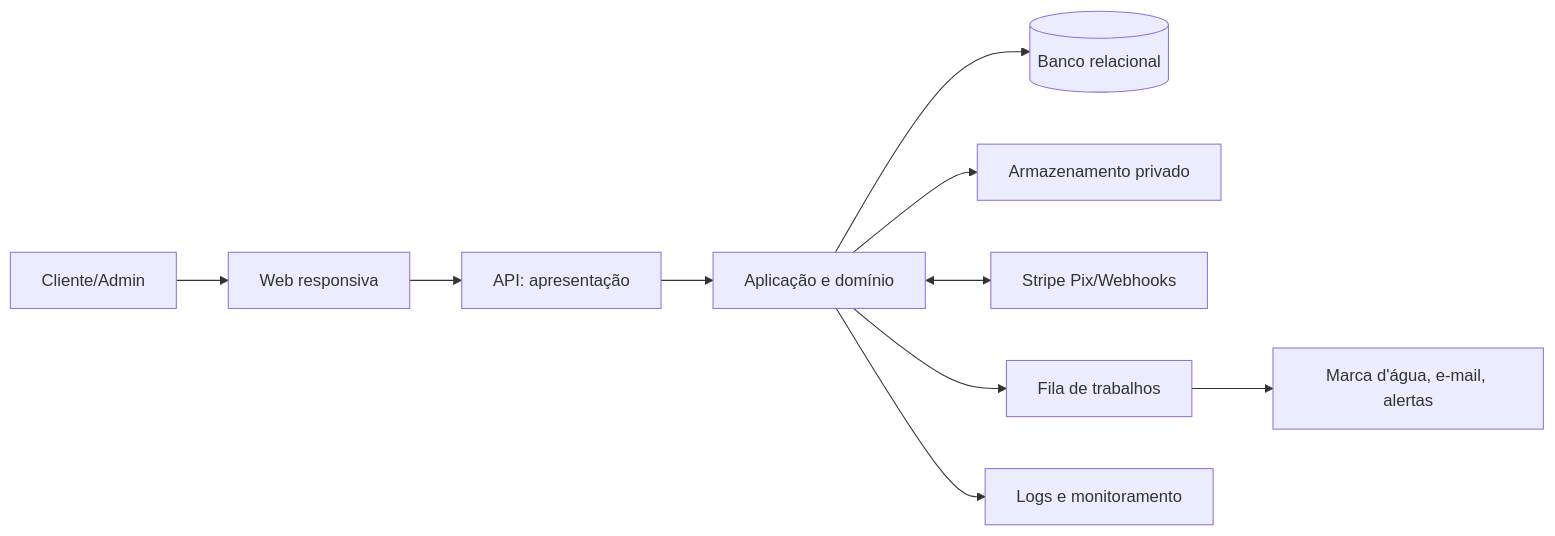
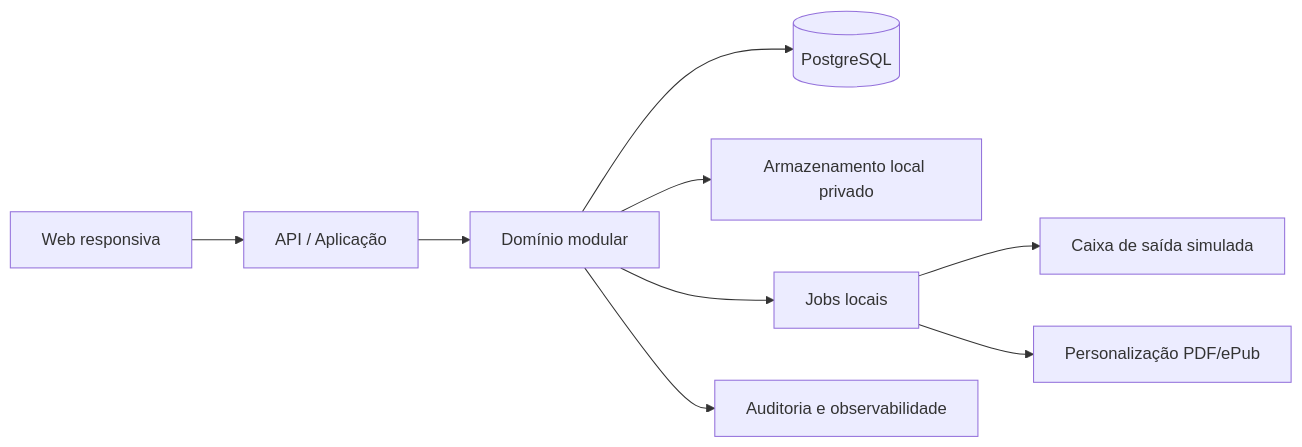
The third of 3 diagrams in README.md (FelipePaterni/Lumina), drawn with Mermaid before and after one commit. The commit also changed other lines of this file and 18 other files, not shown here.

````diff
--- a/README.md
+++ b/README.md
@@ -141,12 +174,11 @@
 ```mermaid
 flowchart LR
-  C[Cliente/Admin] --> W[Web responsiva]
-  W --> A[API: apresentação]
-  A --> U[Aplicação e domínio]
-  U --> D[(Banco relacional)]
-  U --> S[Armazenamento privado]
-  U <--> P[Stripe Pix/Webhooks]
-  U --> Q[Fila de trabalhos]
-  Q --> M[Marca d'água, e-mail, alertas]
-  U --> O[Logs e monitoramento]
+  Web[Web responsiva] --> API[API / Aplicação]
+  API --> Domain[Domínio modular]
+  Domain --> DB[(PostgreSQL)]
+  Domain --> Files[Armazenamento local privado]
+  Domain --> Jobs[Jobs locais]
+  Jobs --> Mail[Caixa de saída simulada]
+  Jobs --> Watermark[Personalização PDF/ePub]
+  Domain --> Audit[Auditoria e observabilidade]
 ```
````
